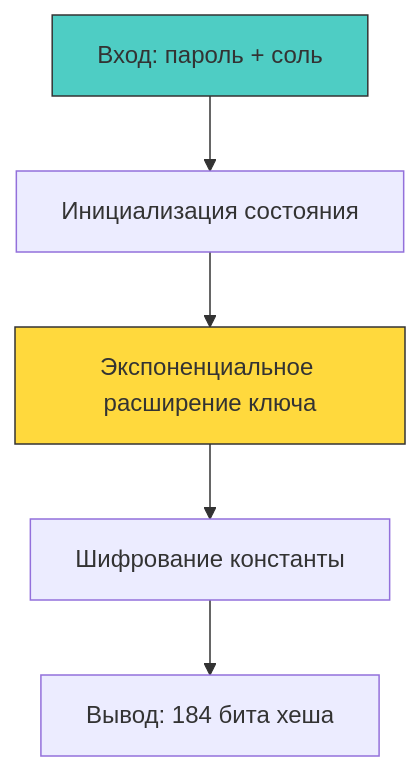
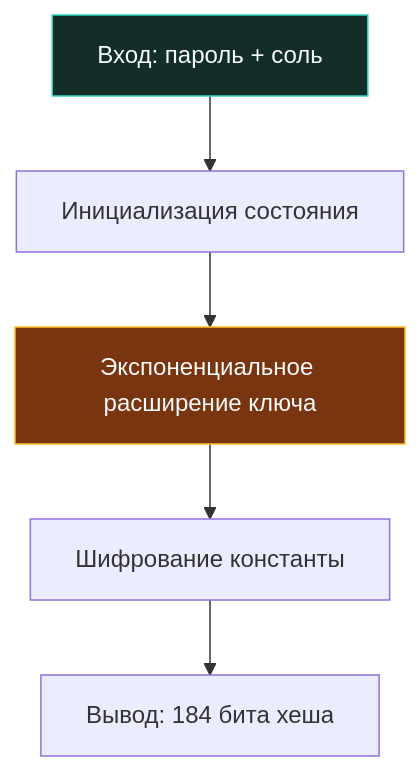
One commit to UnrealTemplier/go-textbook changed the first of 2 diagrams in sources/17. Безопасность (AppSec в Go)/02. Аутентификация и авторизация/2. bcrypt, argon2 и выбор алгоритма.md. Above: the diagram before and after it, drawn with Mermaid. The commit also changed other lines of this file and 310 other files, not shown here.

First line of the commit message:
fix(mermaid): replace light fill colors with dark palette for readability on dark theme

````diff
--- a/sources/17. Безопасность (AppSec в Go)/02. Аутентификация и авторизация/2. bcrypt, argon2 и выбор алгоритма.md
+++ b/sources/17. Безопасность (AppSec в Go)/02. Аутентификация и авторизация/2. bcrypt, argon2 и выбор алгоритма.md
@@ -10,10 +10,10 @@
 ```mermaid
 flowchart TD
     A["Вход: пароль + соль"] --> B["Инициализация состояния"]
     B --> C["Экспоненциальное расширение ключа"]
     C --> D["Шифрование константы"]
     D --> E["Вывод: 184 бита хеша"]
     
-    style A fill:#4ecdc4,stroke:#333
-    style C fill:#ffd93d,stroke:#333
+    style A fill:#132d29,stroke:#2dd4bf,color:#f8fafc
+    style C fill:#78350f,stroke:#fbbf24,color:#f8fafc
 ```
````
